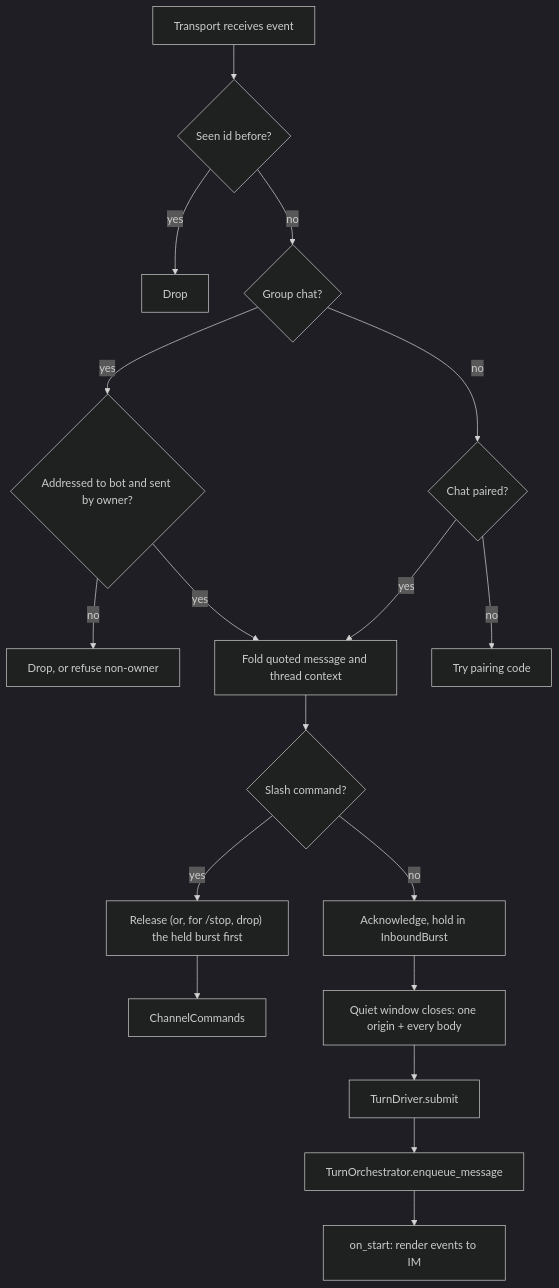
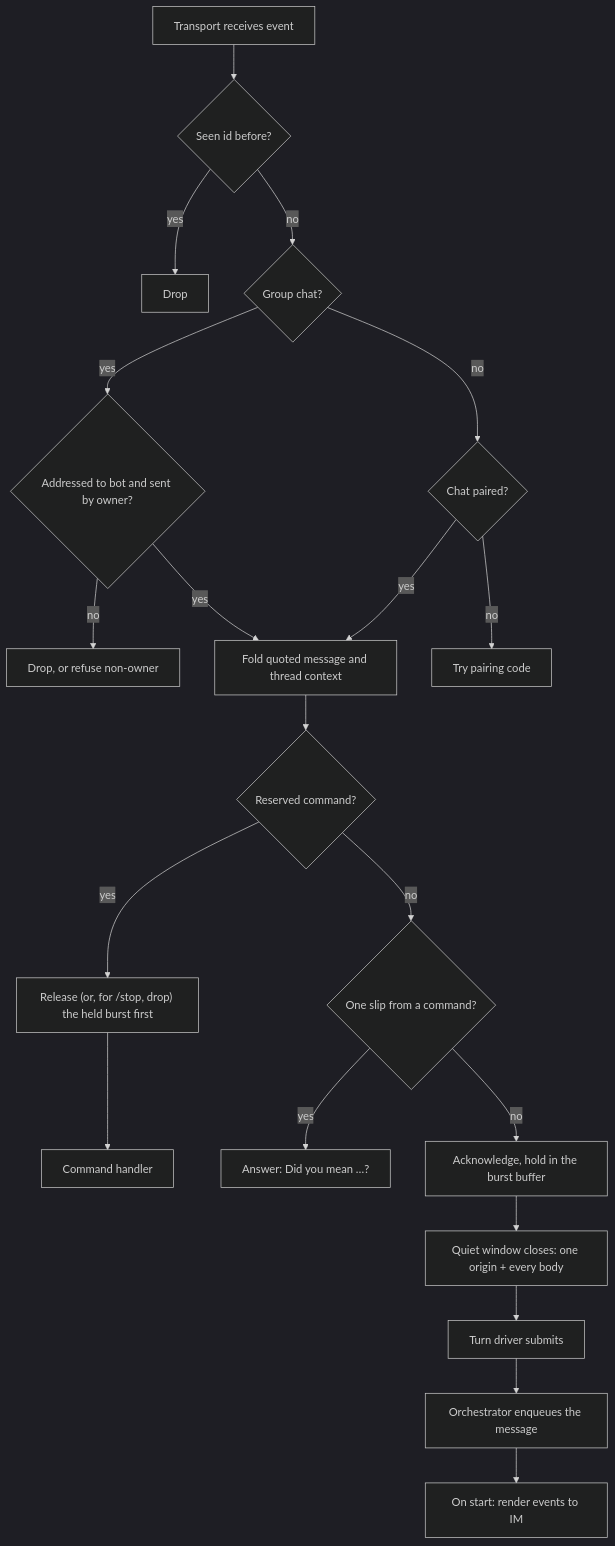
The third of 3 diagrams in docs-site/architecture/chat.md (wyx-sg/Coffer), drawn with Mermaid (dark theme) before and after one commit. The commit also changed other lines of this file and 4384 other files, not shown here.

````diff
--- a/docs-site/architecture/chat.md
+++ b/docs-site/architecture/chat.md
@@ -294,20 +293,22 @@
 ```mermaid
 flowchart TD
     A["Transport receives event"] --> B{"Seen id before?"}
     B -- yes --> X["Drop"]
     B -- no --> C{"Group chat?"}
     C -- yes --> D{"Addressed to bot and sent by owner?"}
     D -- no --> X2["Drop, or refuse non-owner"]
     D -- yes --> F
     C -- no --> E{"Chat paired?"}
     E -- no --> P["Try pairing code"]
     E -- yes --> F["Fold quoted message and thread context"]
-    F --> G{"Slash command?"}
-    H0 --> H["ChannelCommands"]
+    F --> G{"Reserved command?"}
+    H0 --> H["Command handler"]
     G -- yes --> H0["Release (or, for /stop, drop) the held burst first"]
-    G -- no --> I["Acknowledge, hold in InboundBurst"]
+    G -- no --> T{"One slip from a command?"}
+    T -- yes --> TY["Answer: Did you mean …?"]
+    T -- no --> I["Acknowledge, hold in the burst buffer"]
     I --> I2["Quiet window closes: one origin + every body"]
-    I2 --> J["TurnDriver.submit"]
-    J --> K["TurnOrchestrator.enqueue_message"]
-    K --> L["on_start: render events to IM"]
+    I2 --> J["Turn driver submits"]
+    J --> K["Orchestrator enqueues the message"]
+    K --> L["On start: render events to IM"]
 ```
````
